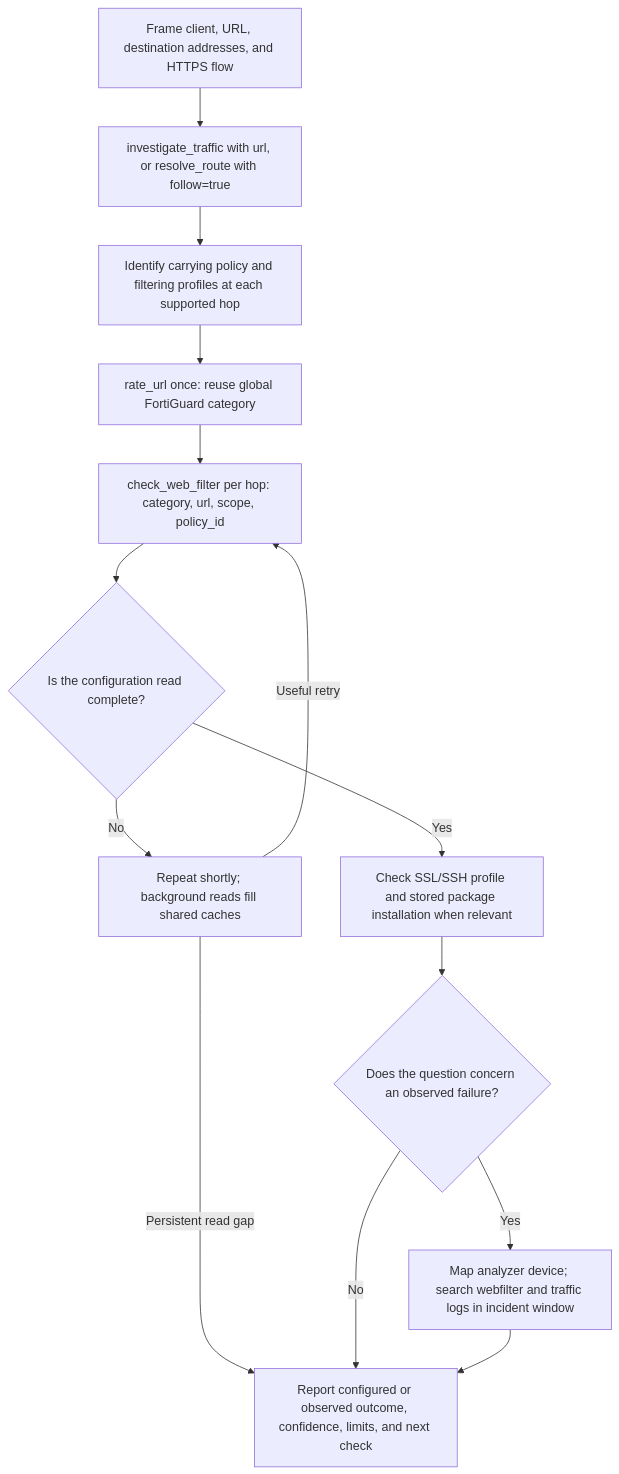
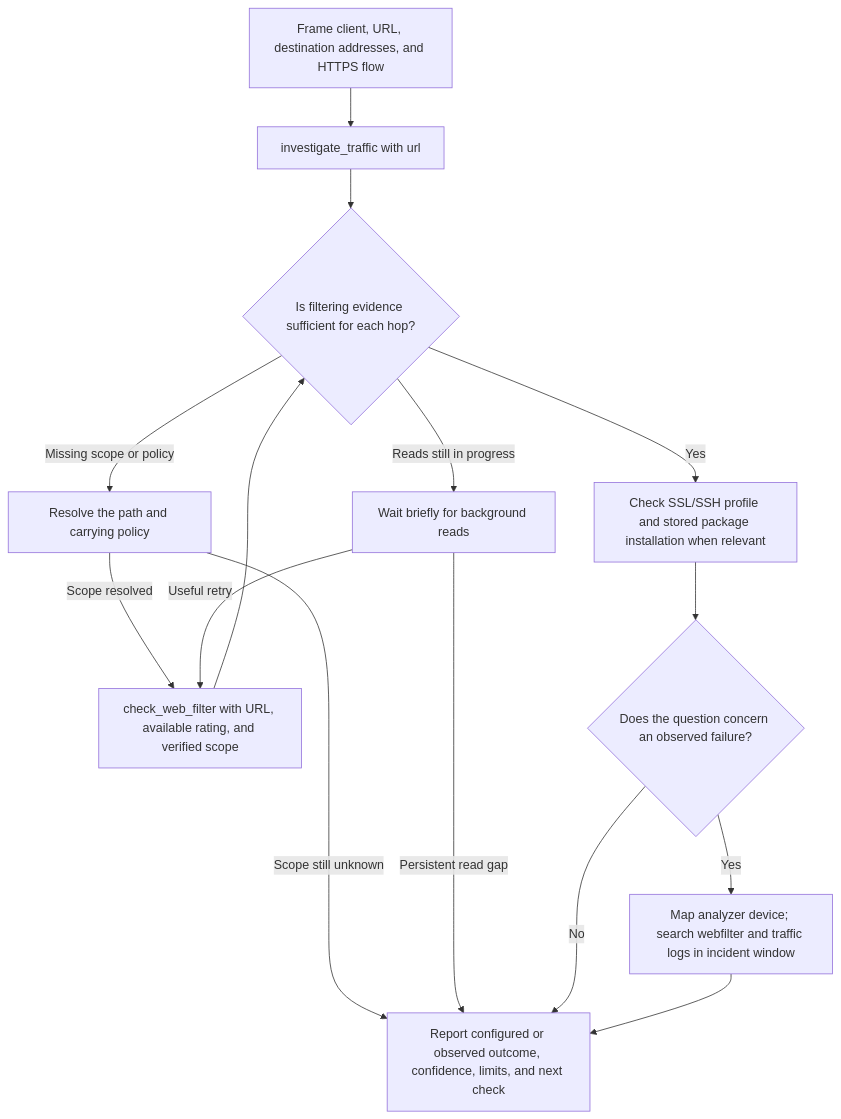
One commit to synit-io/forti-intelligence changed the third of 3 diagrams in docs/use-cases.md. Above: the diagram before and after it, drawn with Mermaid. The commit also changed other lines of this file and 37 other files, not shown here.

````diff
--- a/docs/use-cases.md
+++ b/docs/use-cases.md
@@ -144,16 +144,17 @@
 ```mermaid
 flowchart TD
-    Q["Frame client, URL, destination addresses, and HTTPS flow"] --> I["investigate_traffic with url, or resolve_route with follow=true"]
-    I --> P["Identify carrying policy and filtering profiles at each supported hop"]
-    P --> R["rate_url once: reuse global FortiGuard category"]
-    R --> W["check_web_filter per hop: category, url, scope, policy_id"]
-    W --> C{"Is the configuration read complete?"}
-    C -->|No| F["Repeat shortly; background reads fill shared caches"]
+    Q["Frame client, URL, destination addresses, and HTTPS flow"] --> I["investigate_traffic with url"]
+    I --> C{"Is filtering evidence sufficient for each hop?"}
+    C -->|Missing scope or policy| P["Resolve the path and carrying policy"]
+    P -->|Scope resolved| W["check_web_filter with URL, available rating, and verified scope"]
+    P -->|Scope still unknown| A
+    W --> C
+    C -->|Reads still in progress| F["Wait briefly for background reads"]
     F -->|Useful retry| W
     F -->|Persistent read gap| A
     C -->|Yes| S["Check SSL/SSH profile and stored package installation when relevant"]
     S --> O{"Does the question concern an observed failure?"}
     O -->|Yes| L["Map analyzer device; search webfilter and traffic logs in incident window"]
     O -->|No| A["Report configured or observed outcome, confidence, limits, and next check"]
     L --> A
 ```
````
